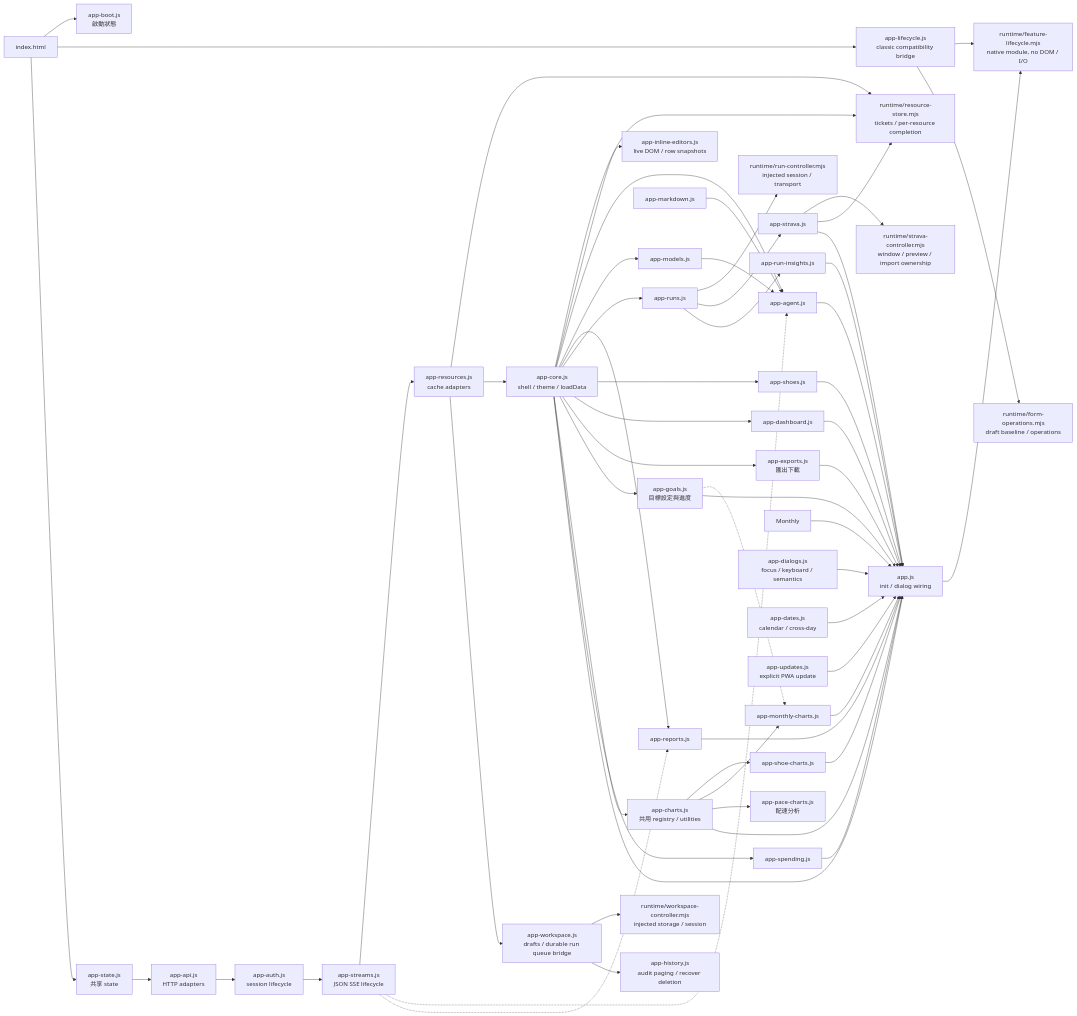
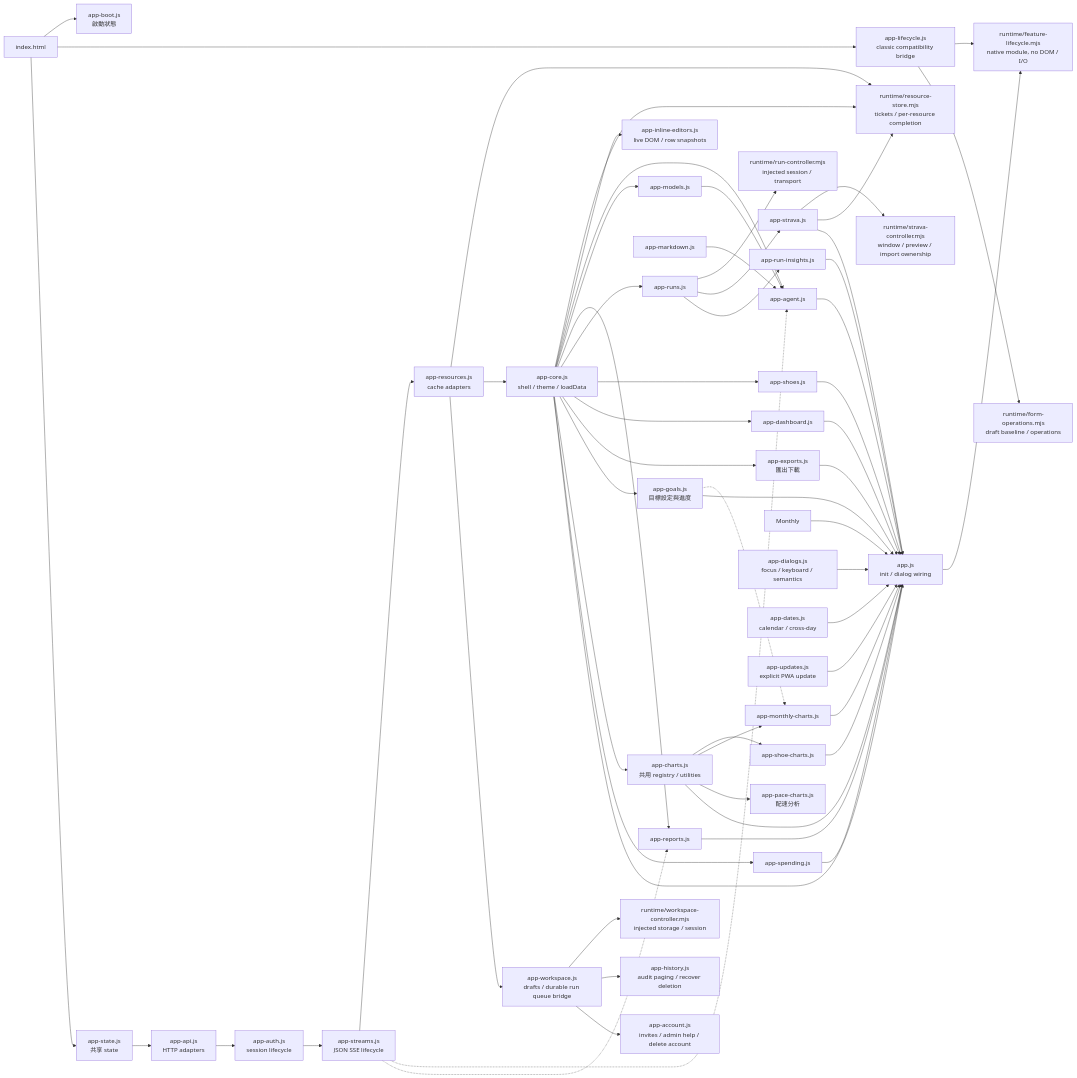
Before and after one commit to Teng91/running-shoes: the sixth of 15 diagrams in docs/architecture.md, drawn with Mermaid. The commit also changed other lines of this file and 47 other files, not shown here.

First line of the commit message:
feat: invite-only registration, admin help and account deletion (SPEC-075, v4.20.0)

````diff
--- a/docs/architecture.md
+++ b/docs/architecture.md
@@ -203,60 +205,61 @@
 ```mermaid
 flowchart LR
     HTML[index.html] --> Boot[app-boot.js<br/>啟動狀態]
     HTML --> Lifecycle[app-lifecycle.js<br/>classic compatibility bridge]
     Bootstrap --> Native[runtime/feature-lifecycle.mjs<br/>native module, no DOM / I/O]
     Lifecycle --> Native
     HTML --> State[app-state.js<br/>共享 state]
     State --> API[app-api.js<br/>HTTP adapters]
     API --> AuthUI[app-auth.js<br/>session lifecycle]
     AuthUI --> Streams[app-streams.js<br/>JSON SSE lifecycle]
     Streams --> Resources[app-resources.js<br/>cache adapters]
     Resources --> Store[runtime/resource-store.mjs<br/>tickets / per-resource completion]
     Resources --> Core[app-core.js<br/>shell / theme / loadData]
     Resources --> Workspace[app-workspace.js<br/>drafts / durable run queue bridge]
     Workspace --> WorkspaceNative[runtime/workspace-controller.mjs<br/>injected storage / session]
     Workspace --> History[app-history.js<br/>audit paging / recover deletion]
+    Workspace --> Account[app-account.js<br/>invites / admin help / delete account]
     Core --> Store
     Core --> Inline[app-inline-editors.js<br/>live DOM / row snapshots]
     Lifecycle --> Forms[runtime/form-operations.mjs<br/>draft baseline / operations]
     Streams -.-> AgentUI
     Streams -.-> ReportsUI
     Core --> AgentUI[app-agent.js]
     Core --> ModelsUI[app-models.js]
     ModelsUI --> AgentUI
     MarkdownUI[app-markdown.js] --> AgentUI
     Core --> ReportsUI[app-reports.js]
     Core --> RunCRUD[app-runs.js]
     RunCRUD --> RunNative[runtime/run-controller.mjs<br/>injected session / transport]
     RunCRUD --> StravaUI[app-strava.js]
     StravaUI --> StravaNative[runtime/strava-controller.mjs<br/>window / preview / import ownership]
     StravaUI --> Store
     RunCRUD --> RunInsights[app-run-insights.js]
     Core --> ShoesUI[app-shoes.js]
     Core --> Dashboard[app-dashboard.js]
     Core --> ExportsUI[app-exports.js<br/>匯出下載]
     Core --> GoalsUI[app-goals.js<br/>目標設定與進度]
     Core --> Charts[app-charts.js<br/>共用 registry / utilities]
     Charts --> ShoeCharts[app-shoe-charts.js]
     Charts --> MileageCharts[app-monthly-charts.js]
     Charts --> PaceCharts[app-pace-charts.js<br/>配速分析]
     GoalsUI -.-> MileageCharts
     Core --> Spending[app-spending.js]
     Core --> Bootstrap[app.js<br/>init / dialog wiring]
     AgentUI --> Bootstrap
     ReportsUI --> Bootstrap
     StravaUI --> Bootstrap
     RunInsights --> Bootstrap
     ShoesUI --> Bootstrap
     Dashboard --> Bootstrap
     Monthly --> Bootstrap
     ExportsUI --> Bootstrap
     GoalsUI --> Bootstrap
     Charts --> Bootstrap
     ShoeCharts --> Bootstrap
     MileageCharts --> Bootstrap
     Spending --> Bootstrap
     Dialogs[app-dialogs.js<br/>focus / keyboard / semantics] --> Bootstrap
     Dates[app-dates.js<br/>calendar / cross-day] --> Bootstrap
     Updates[app-updates.js<br/>explicit PWA update] --> Bootstrap
 ```
````
